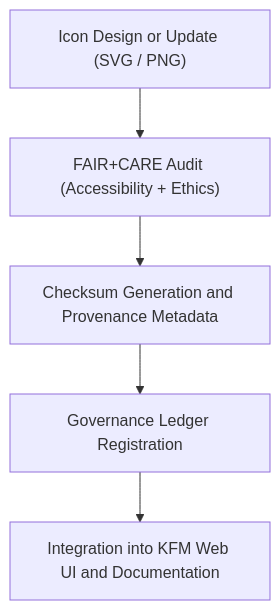
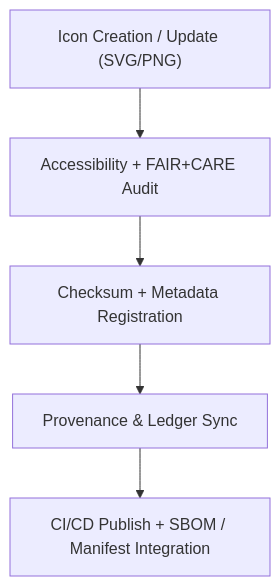
One commit to bartytime4life/Kansas-Frontier-Matrix changed the diagram in web/public/icons/README.md. Above: the diagram before and after it, drawn with Mermaid. The commit also changed other lines of this file, not shown here.

````diff
--- a/web/public/icons/README.md
+++ b/web/public/icons/README.md
@@ -74,7 +59,7 @@
 ```mermaid
 flowchart TD
-    A["Icon Design or Update (SVG / PNG)"] --> B["FAIR+CARE Audit (Accessibility + Ethics)"]
-    B --> C["Checksum Generation and Provenance Metadata"]
-    C --> D["Governance Ledger Registration"]
-    D --> E["Integration into KFM Web UI and Documentation"]
+A["Icon Creation / Update (SVG/PNG)"] --> B["Accessibility + FAIR+CARE Audit"]
+B --> C["Checksum + Metadata Registration"]
+C --> D["Provenance & Ledger Sync"]
+D --> E["CI/CD Publish + SBOM / Manifest Integration"]
 ```
````
